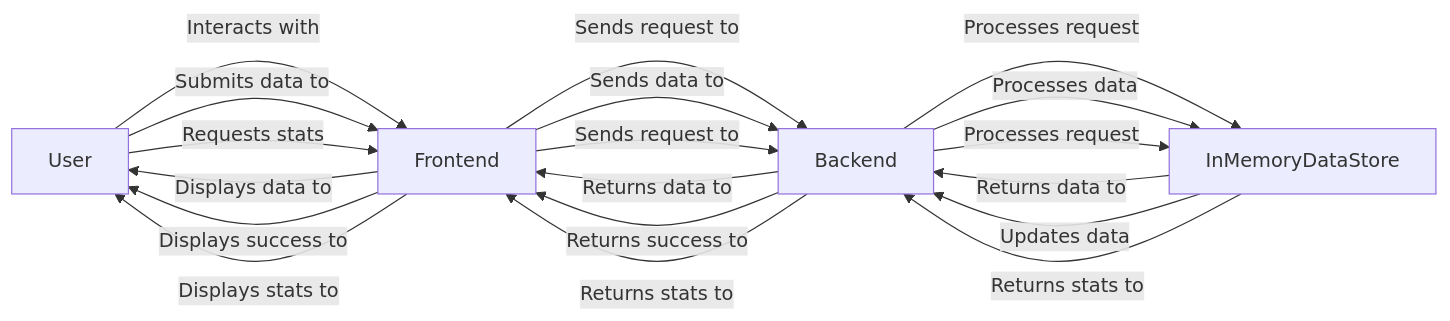
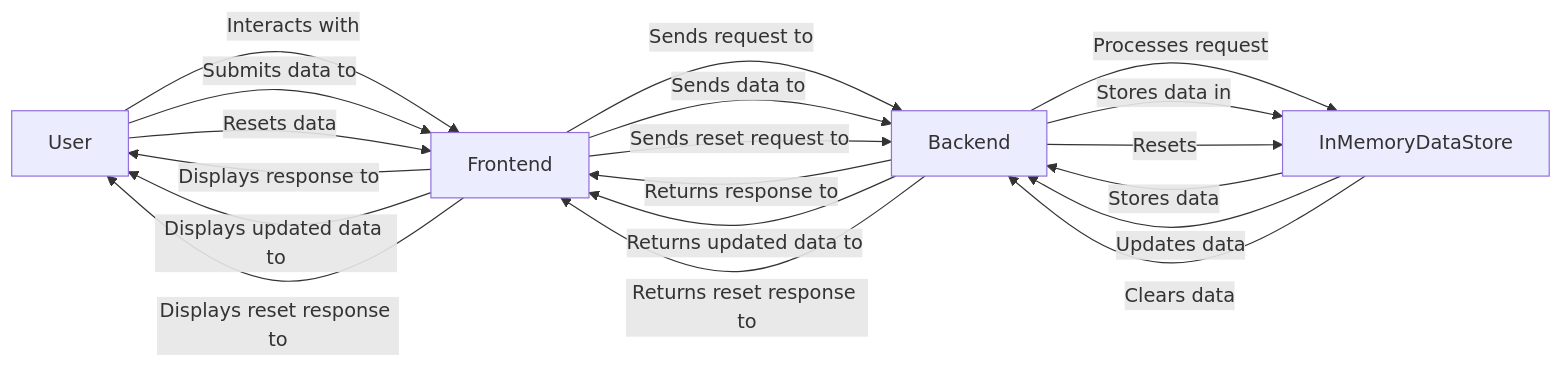
The diagram in README.md (coddyieee-sketch/ram-weather-optimizer-tool), drawn with Mermaid before and after one commit. The commit also changed other lines of this file and 4 other files, not shown here.

````diff
--- a/README.md
+++ b/README.md
@@ -21,21 +20,21 @@
 ```mermaid
 graph LR
     User -->|Interacts with| Frontend
     Frontend -->|Sends request to| Backend
     Backend -->|Processes request| InMemoryDataStore
-    InMemoryDataStore -->|Returns data to| Backend
-    Backend -->|Returns data to| Frontend
-    Frontend -->|Displays data to| User
+    InMemoryDataStore -->|Stores data| Backend
+    Backend -->|Returns response to| Frontend
+    Frontend -->|Displays response to| User
     User -->|Submits data to| Frontend
     Frontend -->|Sends data to| Backend
-    Backend -->|Processes data| InMemoryDataStore
+    Backend -->|Stores data in| InMemoryDataStore
     InMemoryDataStore -->|Updates data| Backend
-    Backend -->|Returns success to| Frontend
-    Frontend -->|Displays success to| User
-    User -->|Requests stats| Frontend
-    Frontend -->|Sends request to| Backend
-    Backend -->|Processes request| InMemoryDataStore
-    InMemoryDataStore -->|Returns stats to| Backend
-    Backend -->|Returns stats to| Frontend
-    Frontend -->|Displays stats to| User
+    Backend -->|Returns updated data to| Frontend
+    Frontend -->|Displays updated data to| User
+    User -->|Resets data| Frontend
+    Frontend -->|Sends reset request to| Backend
+    Backend -->|Resets| InMemoryDataStore
+    InMemoryDataStore -->|Clears data| Backend
+    Backend -->|Returns reset response to| Frontend
+    Frontend -->|Displays reset response to| User
 ```
````
